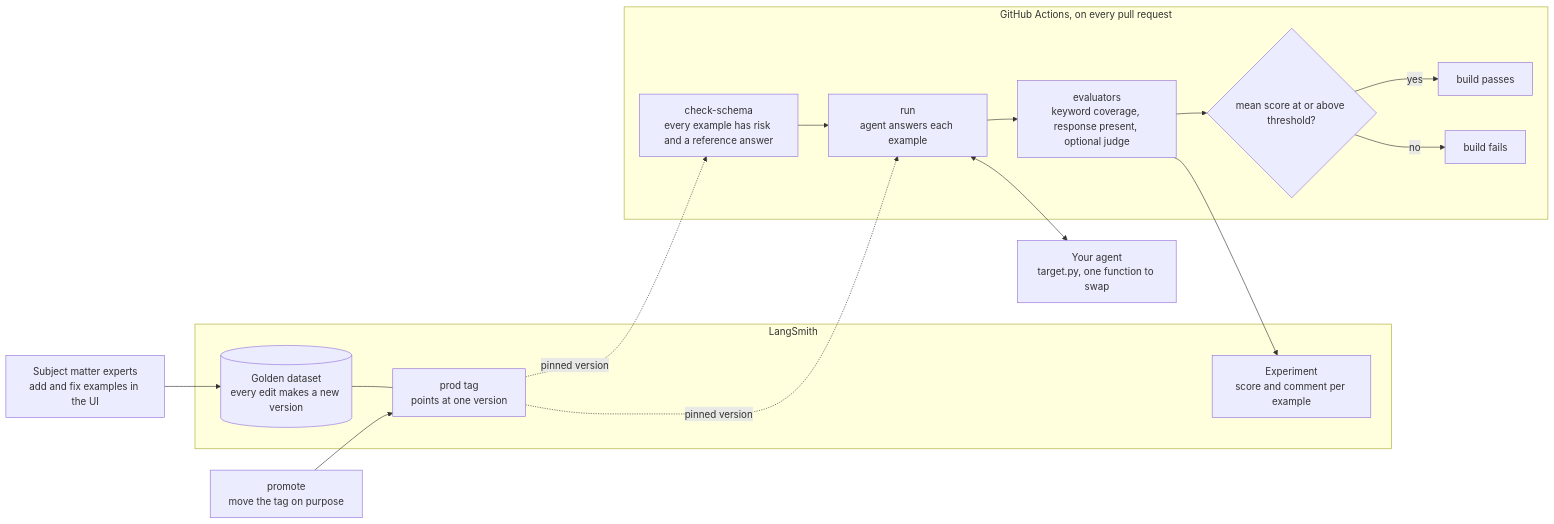
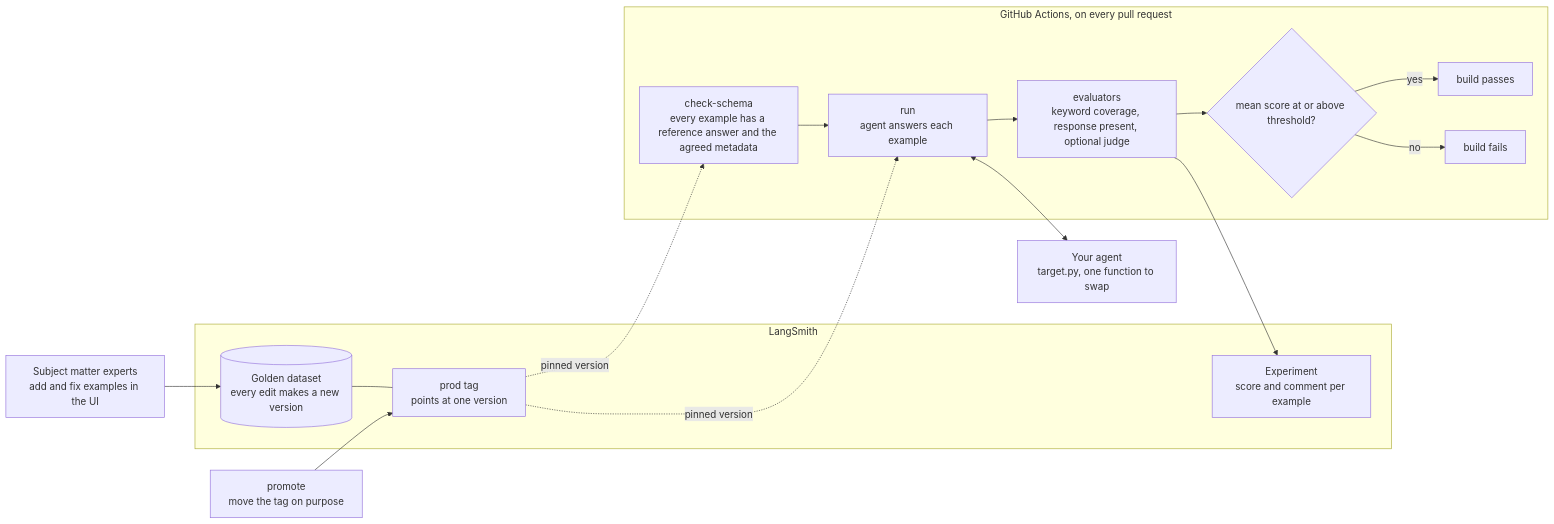
One commit to joel-langchain/langsmith-ci-example changed the first of 2 diagrams in README.md. Above: the diagram before and after it, drawn with Mermaid. The commit also changed other lines of this file and 1 other file, not shown here.

Commit message:
Require only a reference answer until the team agrees metadata keys

````diff
--- a/README.md
+++ b/README.md
@@ -18,27 +18,27 @@
 ```mermaid
 flowchart LR
     SME["Subject matter experts<br/>add and fix examples in the UI"] --> DS
 
     subgraph LS["LangSmith"]
         DS[("Golden dataset<br/>every edit makes a new version")]
         TAG["prod tag<br/>points at one version"]
         EXP["Experiment<br/>score and comment per example"]
         DS --- TAG
     end
 
     subgraph CI["GitHub Actions, on every pull request"]
-        S1["check-schema<br/>every example has risk and a reference answer"]
+        S1["check-schema<br/>every example has a reference answer and the agreed metadata"]
         S2["run<br/>agent answers each example"]
         S3["evaluators<br/>keyword coverage, response present, optional judge"]
         GATE{"mean score at or above threshold?"}
         S1 --> S2 --> S3 --> GATE
         GATE -->|yes| PASS["build passes"]
         GATE -->|no| FAIL["build fails"]
     end
 
     TAG -. "pinned version" .-> S1
     TAG -. "pinned version" .-> S2
     S2 <--> AGENT["Your agent<br/>target.py, one function to swap"]
     S3 --> EXP
     PROMOTE["promote<br/>move the tag on purpose"] --> TAG
 ```
````
